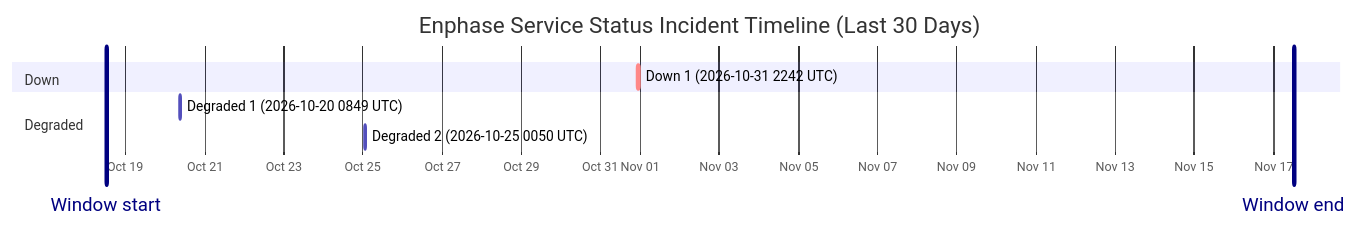
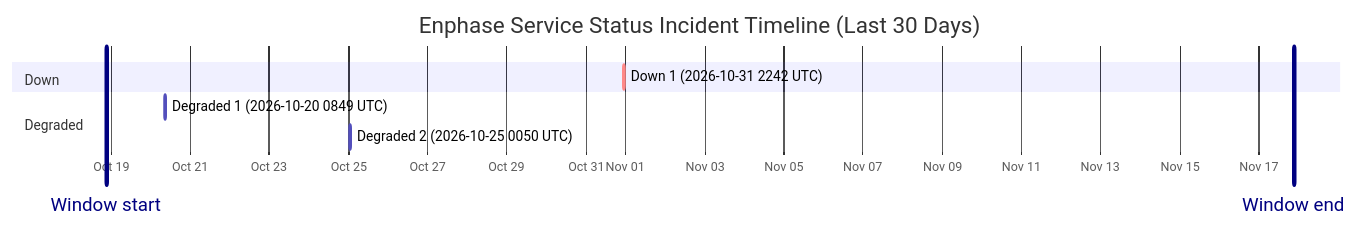
Before and after one commit to barneyonline/ha-enphase-energy: the diagram in wiki/Service-Status-History.md, drawn with Mermaid. The commit also changed other lines of this file and 3 other files, not shown here.

````diff
--- a/wiki/Service-Status-History.md
+++ b/wiki/Service-Status-History.md
@@ -14,13 +14,13 @@
 ```mermaid
 gantt
     title Enphase Service Status Incident Timeline (Last 30 Days)
     dateFormat  YYYY-MM-DDTHH:mm:ss
     axisFormat  %b %d
-    Window start :vert, window-start, 2026-10-18T12:16:20, 0ms
-    Window end :vert, window-end, 2026-11-17T12:16:20, 0ms
+    Window start :vert, window-start, 2026-10-18T21:11:35, 0ms
+    Window end :vert, window-end, 2026-11-17T21:11:35, 0ms
     section Down
     Down 1 (2026-10-31 2242 UTC) :crit, down-1, 2026-10-31T22:42:18, 60m
     section Degraded
     Degraded 1 (2026-10-20 0849 UTC) :active, degraded-1, 2026-10-20T08:49:49, 60m
     Degraded 2 (2026-10-25 0050 UTC) :active, degraded-2, 2026-10-25T00:50:01, 60m
 ```
````
